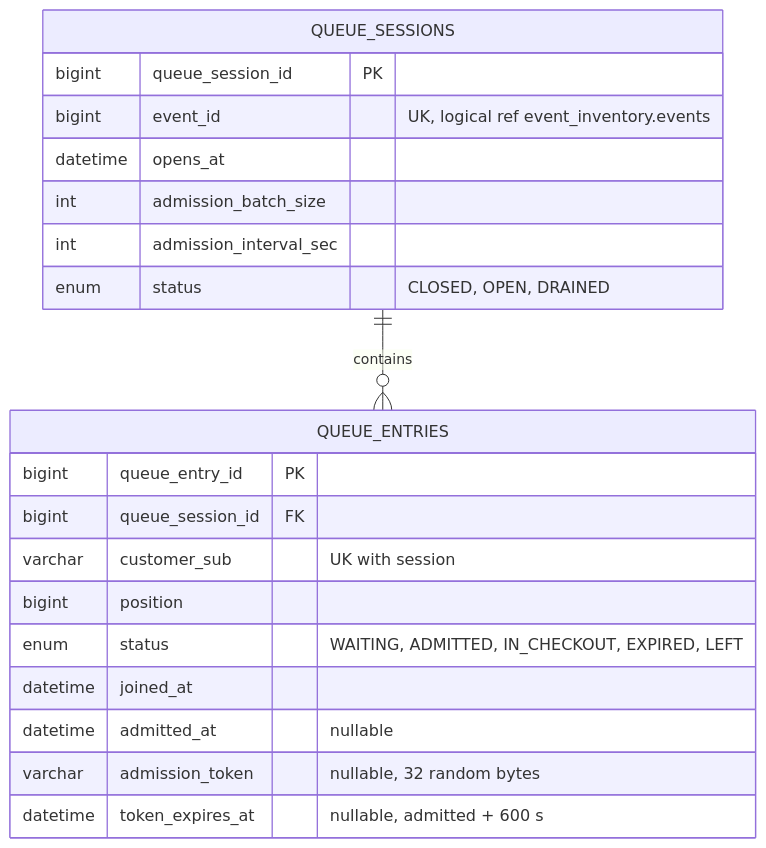
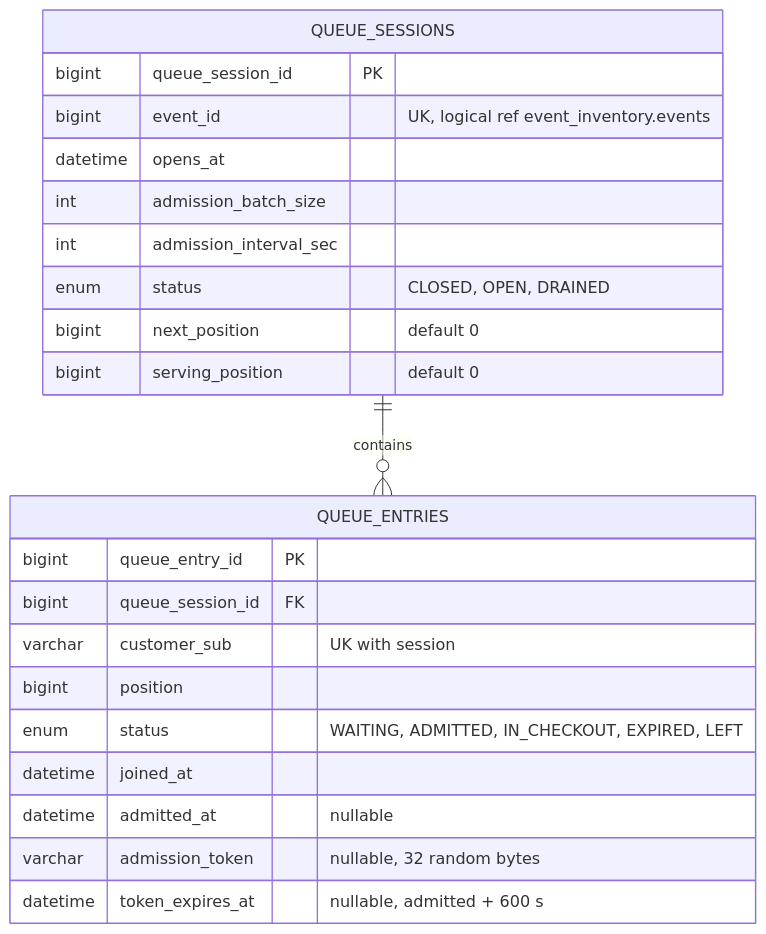
The diagram in diagrams/src/10-erd-queue.mmd (nus-mtech-grp1-sem2/docs), drawn with Mermaid before and after one commit. The commit also changed 5 other files, not shown here.

First line of the commit message:
docs: refresh ERDs against the live database and add a whole-database ERD

```diff
--- a/diagrams/src/10-erd-queue.mmd
+++ b/diagrams/src/10-erd-queue.mmd
@@ -1,22 +1,24 @@
 %% Figure: queue schema, as built. Owned by the queue service.
 erDiagram
     QUEUE_SESSIONS ||--o{ QUEUE_ENTRIES : contains
     QUEUE_SESSIONS {
         bigint queue_session_id PK
         bigint event_id "UK, logical ref event_inventory.events"
         datetime opens_at
         int admission_batch_size
         int admission_interval_sec
         enum status "CLOSED, OPEN, DRAINED"
+        bigint next_position "default 0"
+        bigint serving_position "default 0"
     }
     QUEUE_ENTRIES {
         bigint queue_entry_id PK
         bigint queue_session_id FK
         varchar customer_sub "UK with session"
         bigint position
         enum status "WAITING, ADMITTED, IN_CHECKOUT, EXPIRED, LEFT"
         datetime joined_at
         datetime admitted_at "nullable"
         varchar admission_token "nullable, 32 random bytes"
         datetime token_expires_at "nullable, admitted + 600 s"
     }
```
